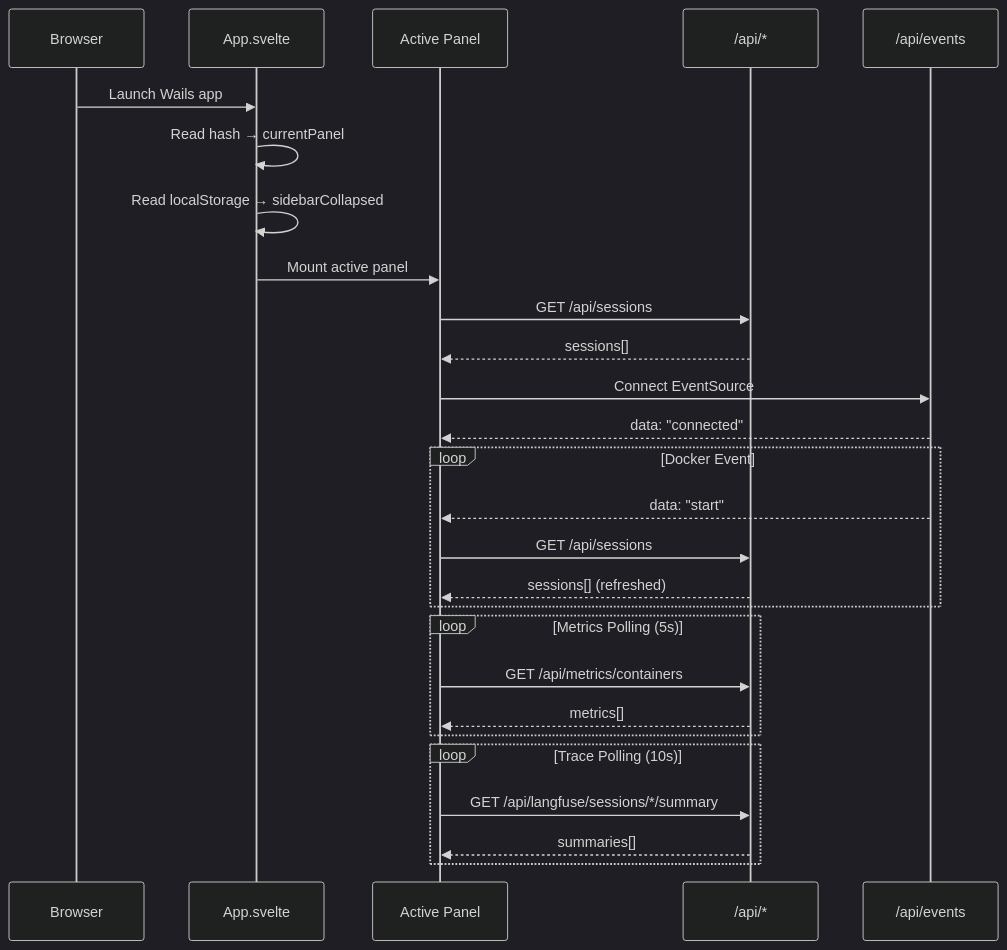
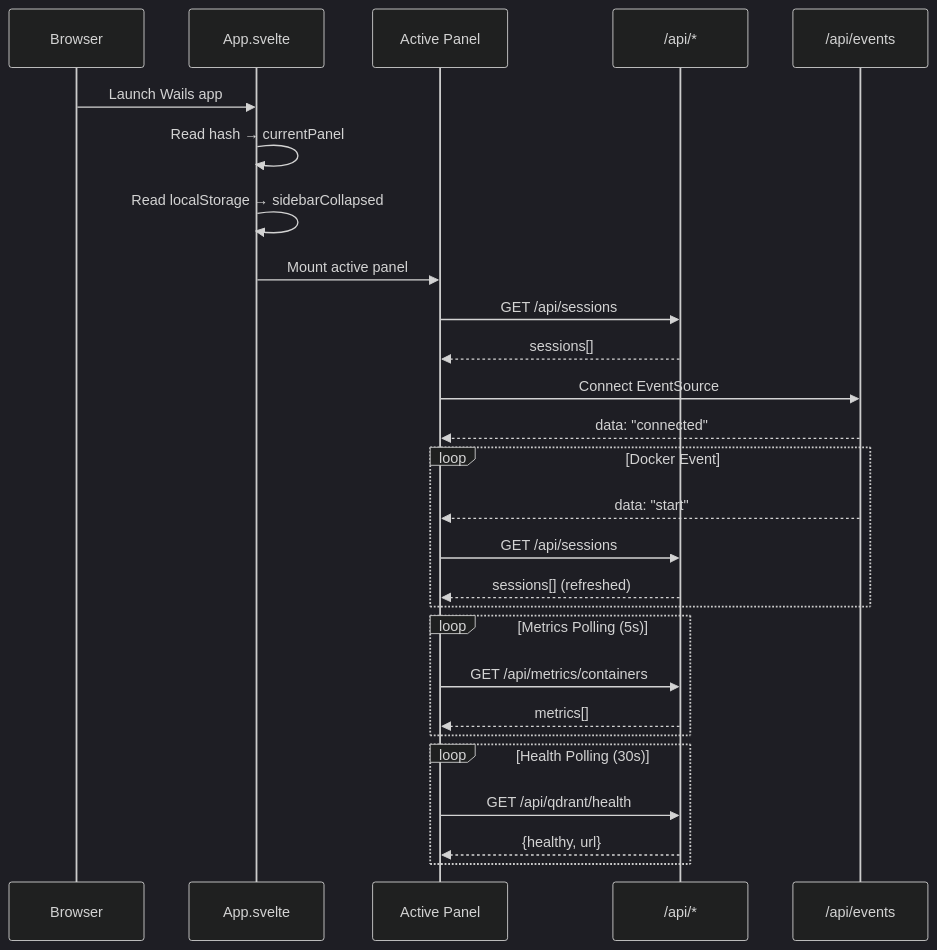
Before and after one commit to neverprepared/phantom-ink: the second of 4 diagrams in docs/brainbox/dashboard.md, drawn with Mermaid (dark theme). The commit also changed other lines of this file and 239 other files, not shown here.

````diff
--- a/docs/brainbox/dashboard.md
+++ b/docs/brainbox/dashboard.md
@@ -63,35 +61,35 @@
 ```mermaid
 sequenceDiagram
     participant Browser
     participant App as App.svelte
     participant Panel as Active Panel
     participant API as /api/*
     participant SSE as /api/events
 
     Browser->>App: Launch Wails app
     App->>App: Read hash → currentPanel
     App->>App: Read localStorage → sidebarCollapsed
     App->>Panel: Mount active panel
 
     Panel->>API: GET /api/sessions
     API-->>Panel: sessions[]
 
     Panel->>SSE: Connect EventSource
     SSE-->>Panel: data: "connected"
 
     loop Docker Event
         SSE-->>Panel: data: "start"
         Panel->>API: GET /api/sessions
         API-->>Panel: sessions[] (refreshed)
     end
 
     loop Metrics Polling (5s)
         Panel->>API: GET /api/metrics/containers
         API-->>Panel: metrics[]
     end
 
-    loop Trace Polling (10s)
-        Panel->>API: GET /api/langfuse/sessions/*/summary
-        API-->>Panel: summaries[]
+    loop Health Polling (30s)
+        Panel->>API: GET /api/qdrant/health
+        API-->>Panel: {healthy, url}
     end
 ```
````
